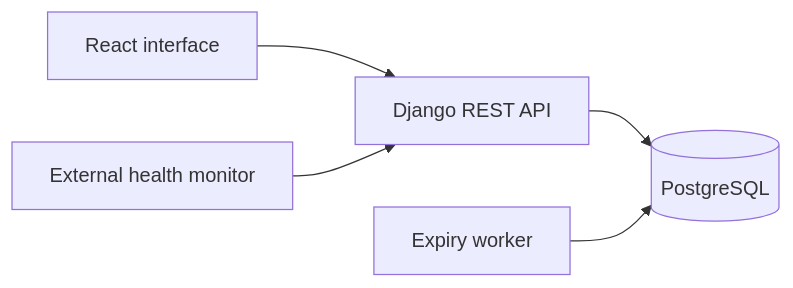
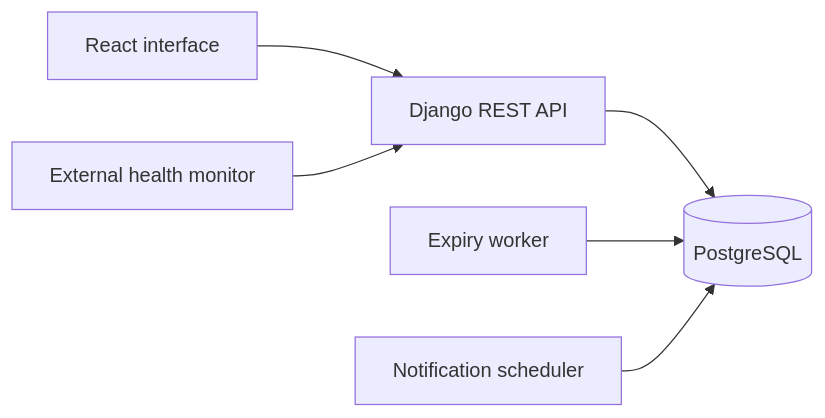
Before and after one commit to chiranthanv/online-exam-portal: the diagram in README.md, drawn with Mermaid. The commit also changed other lines of this file and 22 other files, not shown here.

````diff
--- a/README.md
+++ b/README.md
@@ -138,7 +147,8 @@
 ```mermaid
 flowchart LR
     Browser[React interface] --> API[Django REST API]
     API --> DB[(PostgreSQL)]
     Worker[Expiry worker] --> DB
+    Scheduler[Notification scheduler] --> DB
     Monitor[External health monitor] --> API
 ```
````
